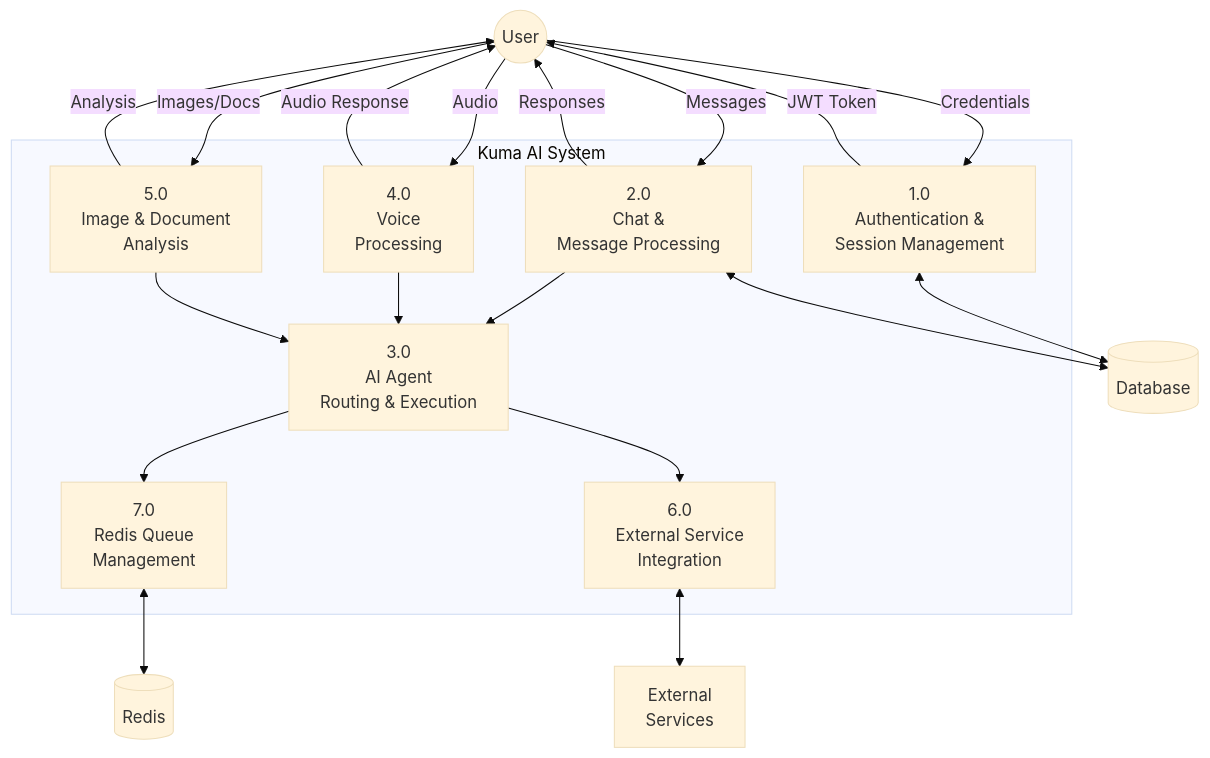
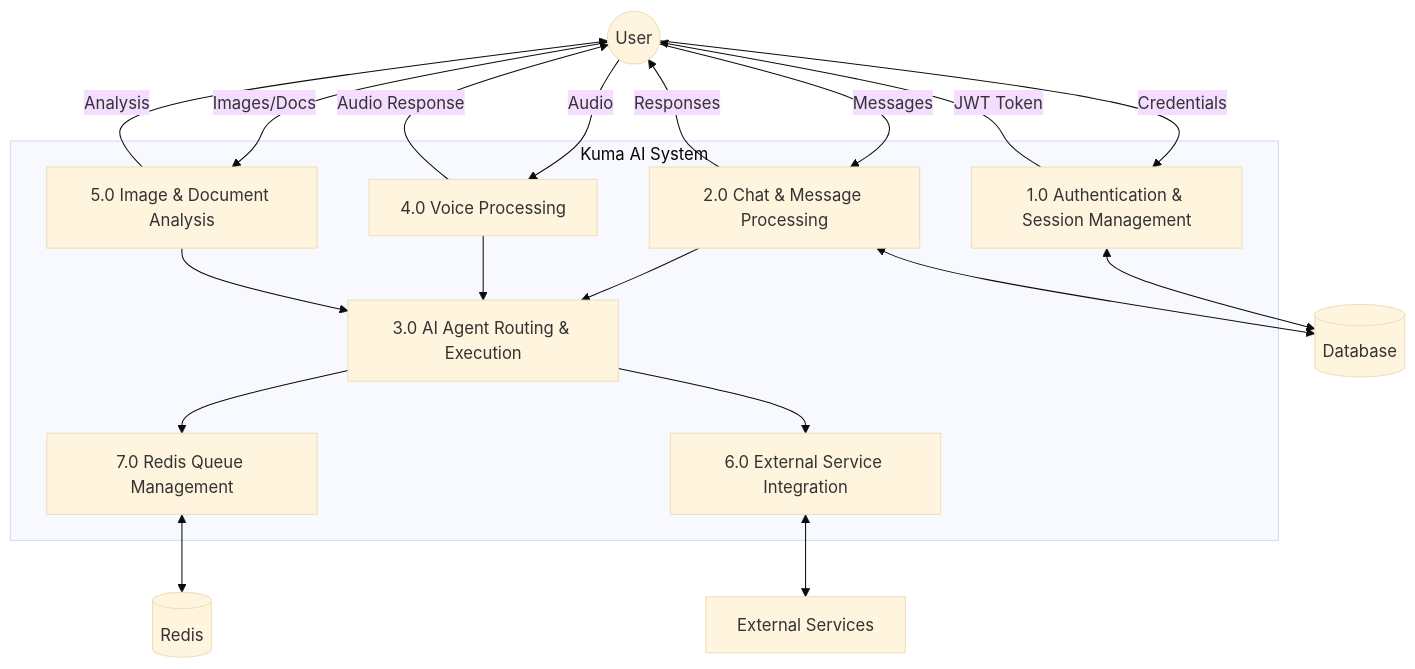
The fifth of 8 diagrams in docss/arch.docs.md (himanshuraimau/Kuma), drawn with Mermaid (base theme) before and after one commit. The commit also changed other lines of this file and 3 other files, not shown here.

Commit message:
docs: Condense multi-line mermaid diagram labels to single lines for improved readability.

````diff
--- a/docss/arch.docs.md
+++ b/docss/arch.docs.md
@@ -173,40 +173,40 @@
 ```mermaid
 flowchart TB
     User((User))
     
     subgraph System["Kuma AI System"]
-        Auth[1.0\nAuthentication &\nSession Management]
-        Chat[2.0\nChat &\nMessage Processing]
-        Agent[3.0\nAI Agent\nRouting & Execution]
-        Voice[4.0\nVoice\nProcessing]
-        Vision[5.0\nImage & Document\nAnalysis]
-        Integration[6.0\nExternal Service\nIntegration]
-        Queue[7.0\nRedis Queue\nManagement]
+        Auth[1.0 Authentication & Session Management]
+        Chat[2.0 Chat & Message Processing]
+        Agent[3.0 AI Agent Routing & Execution]
+        Voice[4.0 Voice Processing]
+        Vision[5.0 Image & Document Analysis]
+        Integration[6.0 External Service Integration]
+        Queue[7.0 Redis Queue Management]
     end
     
     DB[(Database)]
     Redis[(Redis)]
-    External[External\nServices]
+    External[External Services]
     
     User -->|Credentials| Auth
     Auth -->|JWT Token| User
     Auth <--> DB
     
     User -->|Messages| Chat
     Chat -->|Responses| User
     Chat --> Agent
     Chat <--> DB
     
     Agent --> Queue
     Queue <--> Redis
     Agent --> Integration
     Integration <--> External
     
     User -->|Audio| Voice
     Voice -->|Audio Response| User
     Voice --> Agent
     
     User -->|Images/Docs| Vision
     Vision -->|Analysis| User
     Vision --> Agent
 ```
````
